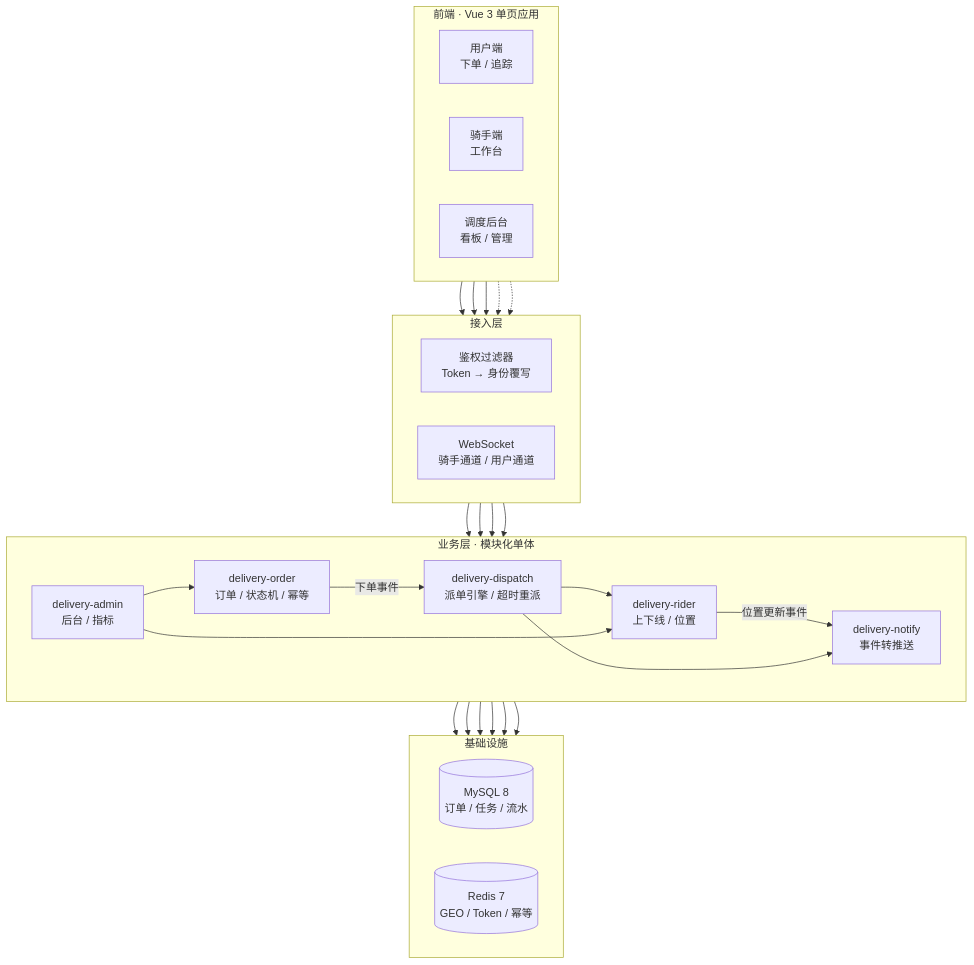
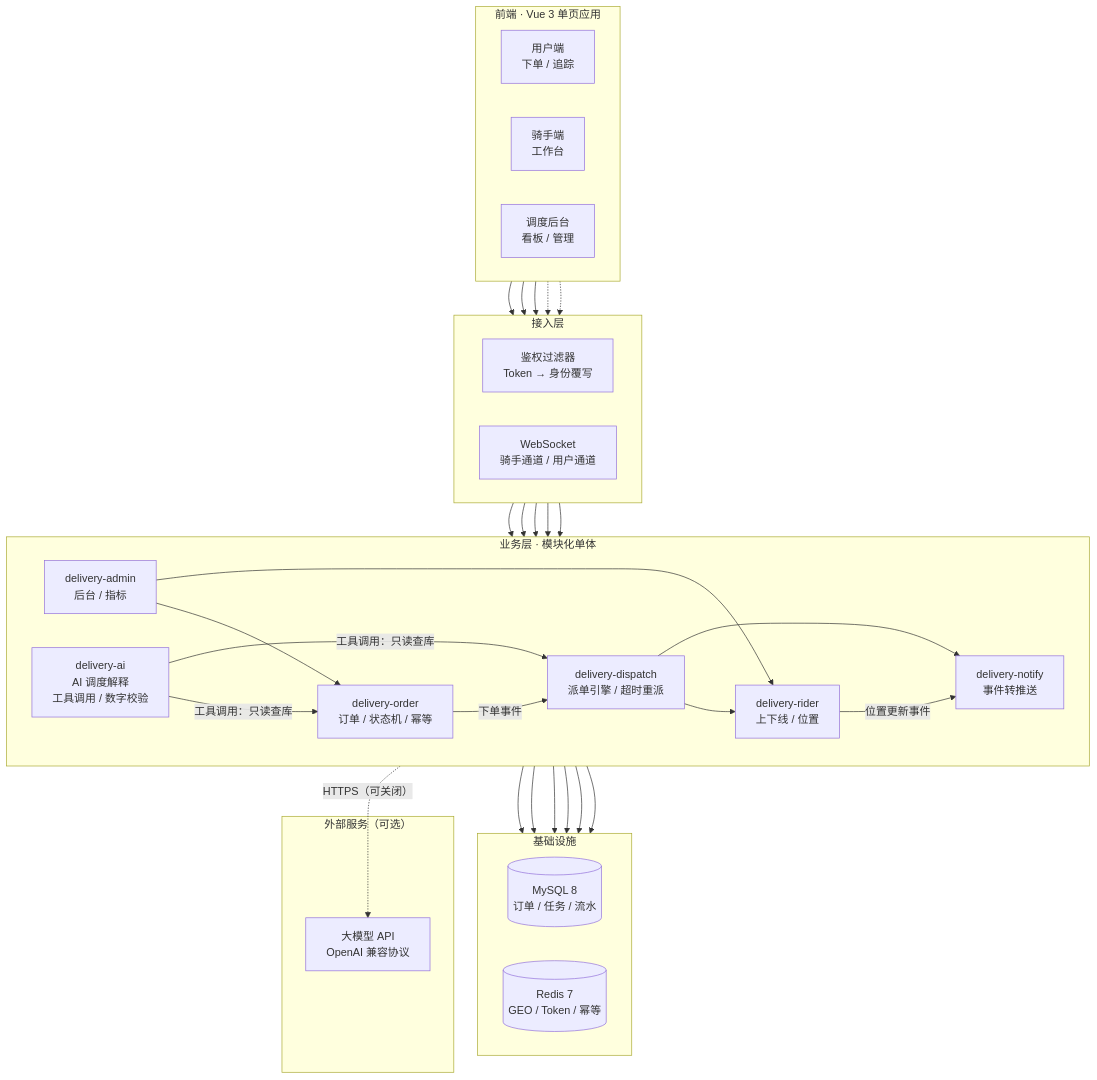
Before and after one commit to MANYINUO/SwiftDrop: the diagram in README.md, drawn with Mermaid. The commit also changed other lines of this file, not shown here.

````diff
--- a/README.md
+++ b/README.md
@@ -52,55 +52,65 @@
 ```mermaid
 flowchart TB
     subgraph FE["前端 · Vue 3 单页应用"]
         direction LR
         U["用户端<br/>下单 / 追踪"]
         R["骑手端<br/>工作台"]
         A["调度后台<br/>看板 / 管理"]
     end
 
     subgraph GW["接入层"]
         direction LR
         AUTH["鉴权过滤器<br/>Token → 身份覆写"]
         WS["WebSocket<br/>骑手通道 / 用户通道"]
     end
 
     subgraph BIZ["业务层 · 模块化单体"]
         direction LR
         ORDER["delivery-order<br/>订单 / 状态机 / 幂等"]
         RIDER["delivery-rider<br/>上下线 / 位置"]
         DISPATCH["delivery-dispatch<br/>派单引擎 / 超时重派"]
         ADMIN["delivery-admin<br/>后台 / 指标"]
         NOTIFY["delivery-notify<br/>事件转推送"]
+        AI["delivery-ai<br/>AI 调度解释<br/>工具调用 / 数字校验"]
     end
 
     subgraph INFRA["基础设施"]
         direction LR
         MYSQL[("MySQL 8<br/>订单 / 任务 / 流水")]
         REDIS[("Redis 7<br/>GEO / Token / 幂等")]
+    end
+
+    subgraph EXT["外部服务（可选）"]
+        LLM["大模型 API<br/>OpenAI 兼容协议"]
     end
 
     U --> AUTH
     R --> AUTH
     A --> AUTH
     U -.-> WS
     R -.-> WS
 
     AUTH --> ORDER
     AUTH --> RIDER
     AUTH --> ADMIN
+    AUTH --> AI
     WS --> NOTIFY
 
     ORDER -->|"下单事件"| DISPATCH
     RIDER -->|"位置更新事件"| NOTIFY
     DISPATCH --> RIDER
     DISPATCH --> NOTIFY
     ADMIN --> ORDER
     ADMIN --> RIDER
 
     ORDER --> MYSQL
     RIDER --> MYSQL
     DISPATCH --> MYSQL
     DISPATCH --> REDIS
     RIDER --> REDIS
     ORDER --> REDIS
+
+    AI -->|"工具调用：只读查库"| ORDER
+    AI -->|"工具调用：只读查库"| DISPATCH
+    AI -.->|"HTTPS（可关闭）"| LLM
 ```
````
